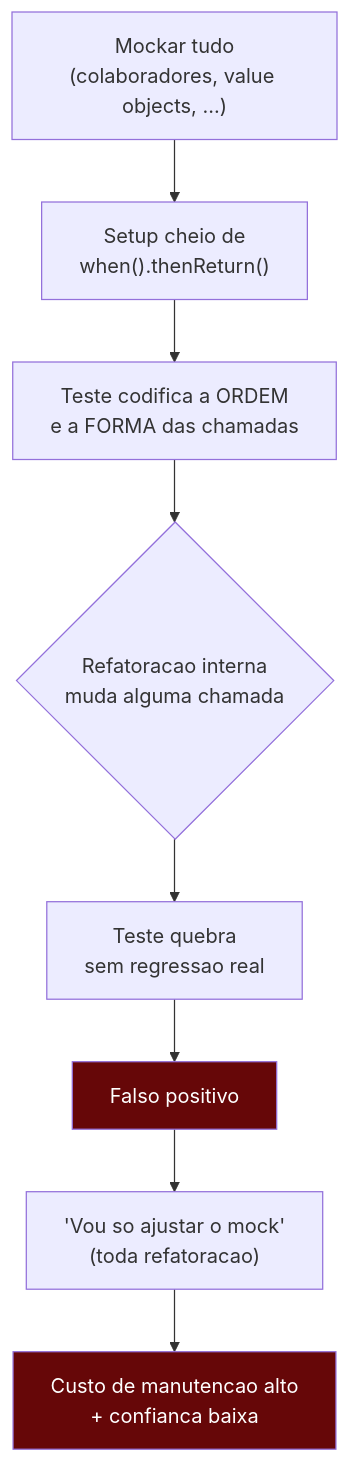
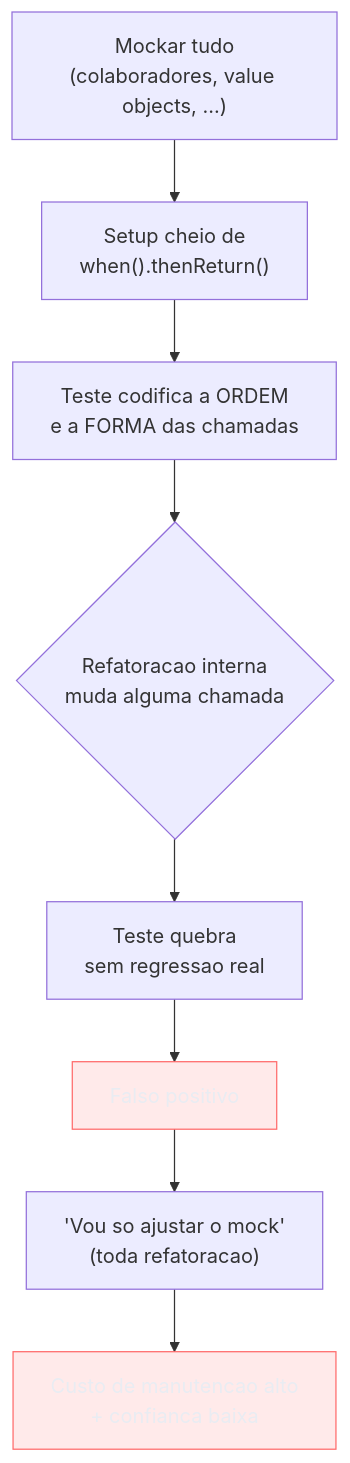
The third of 5 diagrams in 03-Dominios/Engenharia/Testes/06 - Testar comportamento, não implementação.md (josenaldo/codex-technomanticus), drawn with Mermaid before and after one commit. The commit also changed other lines of this file and 1181 other files, not shown here.

First line of the commit message:
fix(diagramas): paleta do sistema no lugar de cor cravada no markdown

````diff
--- a/03-Dominios/Engenharia/Testes/06 - Testar comportamento, não implementação.md
+++ b/03-Dominios/Engenharia/Testes/06 - Testar comportamento, não implementação.md
@@ -137,13 +141,14 @@
 ```mermaid
 flowchart TD
+    classDef falha fill:#FF6B6B24,stroke:#FF6B6B,color:#E9ECF2
     A["Mockar tudo<br/>(colaboradores, value objects, ...)"] --> B["Setup cheio de<br/>when().thenReturn()"]
     B --> C["Teste codifica a ORDEM<br/>e a FORMA das chamadas"]
     C --> D{"Refatoracao interna<br/>muda alguma chamada"}
     D --> E["Teste quebra<br/>sem regressao real"]
     E --> F["Falso positivo"]
     F --> G["'Vou so ajustar o mock'<br/>(toda refatoracao)"]
     G --> H["Custo de manutencao alto<br/>+ confianca baixa"]
 
-    style F fill:#660708,color:#fff
-    style H fill:#660708,color:#fff
+    class F falha
+    class H falha
 ```
````
